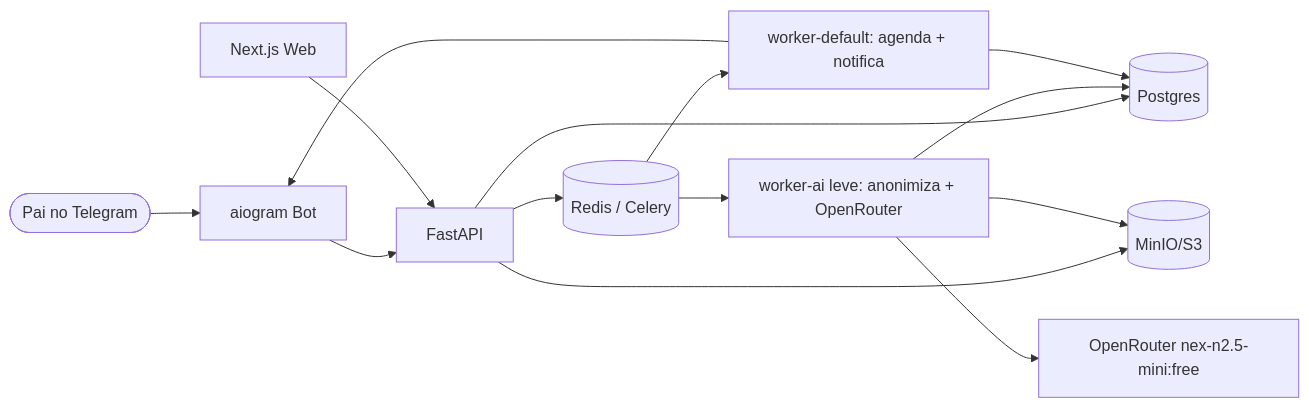
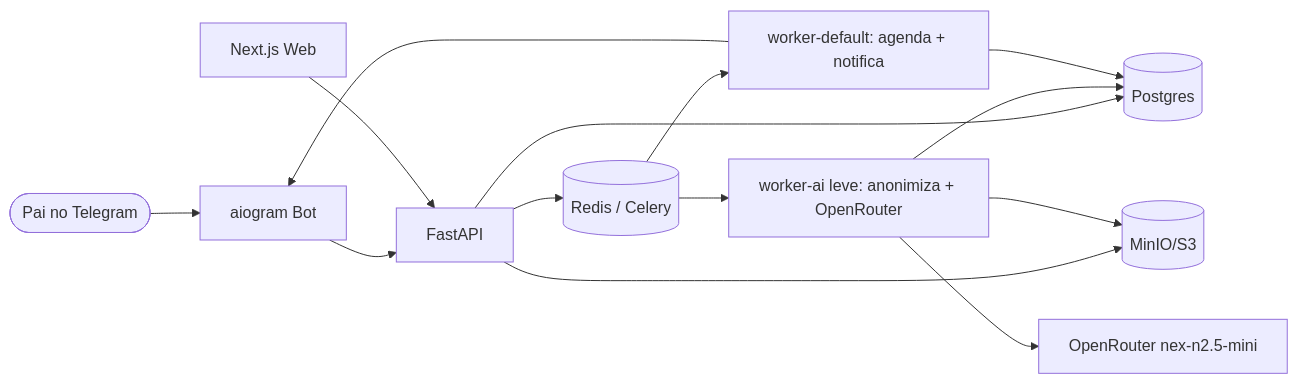
One commit to elrcosta-lab/hora_da_tarefa changed the first of 2 diagrams in SPECS.md. Above: the diagram before and after it, drawn with Mermaid. The commit also changed other lines of this file and 9 other files, not shown here.

````diff
--- a/SPECS.md
+++ b/SPECS.md
@@ -106,16 +106,16 @@
 ```mermaid
 flowchart LR
   Pai([Pai no Telegram]) --> BOT[aiogram Bot]
   BOT --> API[FastAPI]
   WEB[Next.js Web] --> API
   API --> PG[(Postgres)]
   API --> S3[(MinIO/S3)]
   API --> Q[(Redis / Celery)]
   Q --> WA[worker-default: agenda + notifica]
   Q --> WAI[worker-ai leve: anonimiza + OpenRouter]
-  WAI --> OR[OpenRouter nex-n2.5-mini:free]
+  WAI --> OR[OpenRouter nex-n2.5-mini]
   WAI --> S3
   WAI --> PG
   WA --> BOT
   WA --> PG
 ```
````
